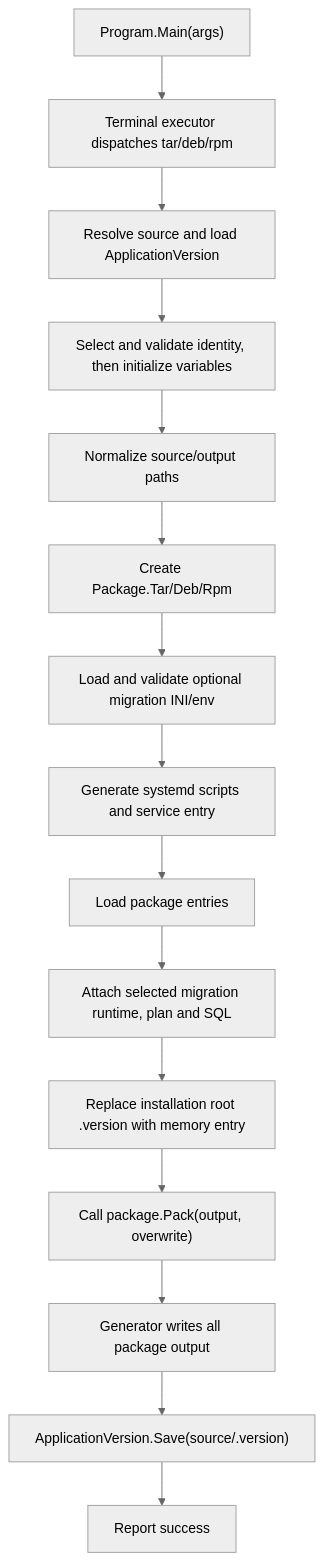
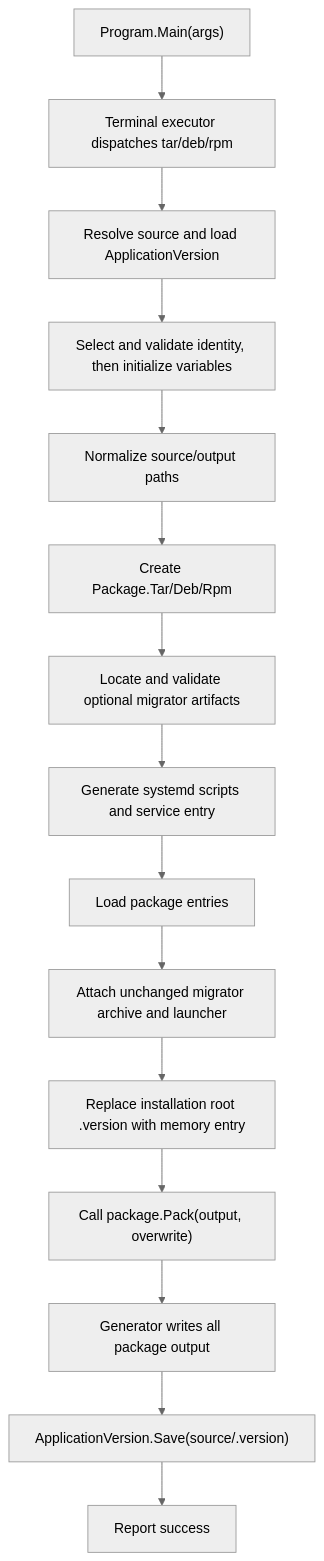
One commit to Zongsoft/tools changed the diagram in packager/docs/implementation.md. Above: the diagram before and after it, drawn with Mermaid (neutral theme). The commit also changed other lines of this file and 219 other files, not shown here.

````diff
--- a/packager/docs/implementation.md
+++ b/packager/docs/implementation.md
@@ -60,17 +58,17 @@
 ```mermaid
 flowchart TD
     A["Program.Main(args)"] --> B["Terminal executor dispatches tar/deb/rpm"]
     B --> C["Resolve source and load ApplicationVersion"]
     C --> D["Select and validate identity, then initialize variables"]
     D --> E["Normalize source/output paths"]
     E --> F["Create Package.Tar/Deb/Rpm"]
-    F --> M["Load and validate optional migration INI/env"]
+    F --> M["Locate and validate optional migrator artifacts"]
     M --> G["Generate systemd scripts and service entry"]
     G --> H["Load package entries"]
-    H --> N["Attach selected migration runtime, plan and SQL"]
+    H --> N["Attach unchanged migrator archive and launcher"]
     N --> V["Replace installation root .version with memory entry"]
     V --> I["Call package.Pack(output, overwrite)"]
     I --> J["Generator writes all package output"]
     J --> S["ApplicationVersion.Save(source/.version)"]
     S --> OK["Report success"]
 ```
````
